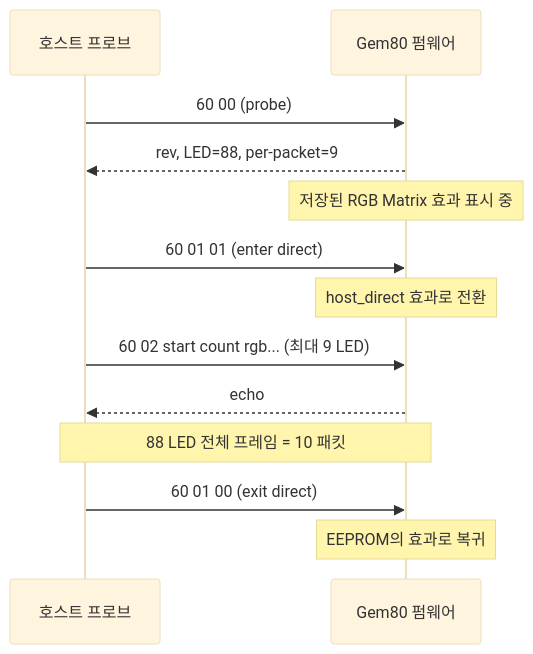
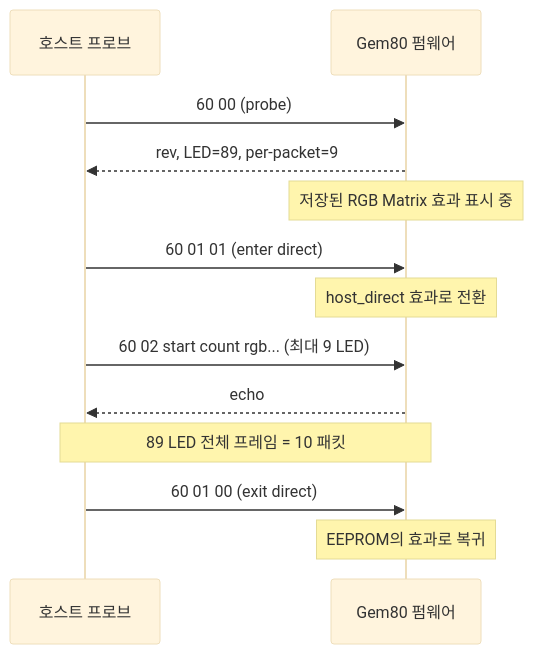
The second of 2 diagrams in docs/plans/2026-09-10-0915-feat-gem80-hostrgb-firmware-verification-plan.md (hyperlapse122/dotfiles), drawn with Mermaid (base theme) before and after one commit. The commit also changed other lines of this file, not shown here.

Commit message:
docs(gem80): correct led count in the plan to 89

````diff
--- a/docs/plans/2026-09-10-0915-feat-gem80-hostrgb-firmware-verification-plan.md
+++ b/docs/plans/2026-09-10-0915-feat-gem80-hostrgb-firmware-verification-plan.md
@@ -214,15 +214,15 @@
 ```mermaid
 sequenceDiagram
   participant H as 호스트 프로브
   participant K as Gem80 펌웨어
   H->>K: 60 00 (probe)
-  K-->>H: rev, LED=88, per-packet=9
+  K-->>H: rev, LED=89, per-packet=9
   Note over K: 저장된 RGB Matrix 효과 표시 중
   H->>K: 60 01 01 (enter direct)
   Note over K: host_direct 효과로 전환
   H->>K: 60 02 start count rgb... (최대 9 LED)
   K-->>H: echo
-  Note over H,K: 88 LED 전체 프레임 = 10 패킷
+  Note over H,K: 89 LED 전체 프레임 = 10 패킷
   H->>K: 60 01 00 (exit direct)
   Note over K: EEPROM의 효과로 복귀
 ```
````
